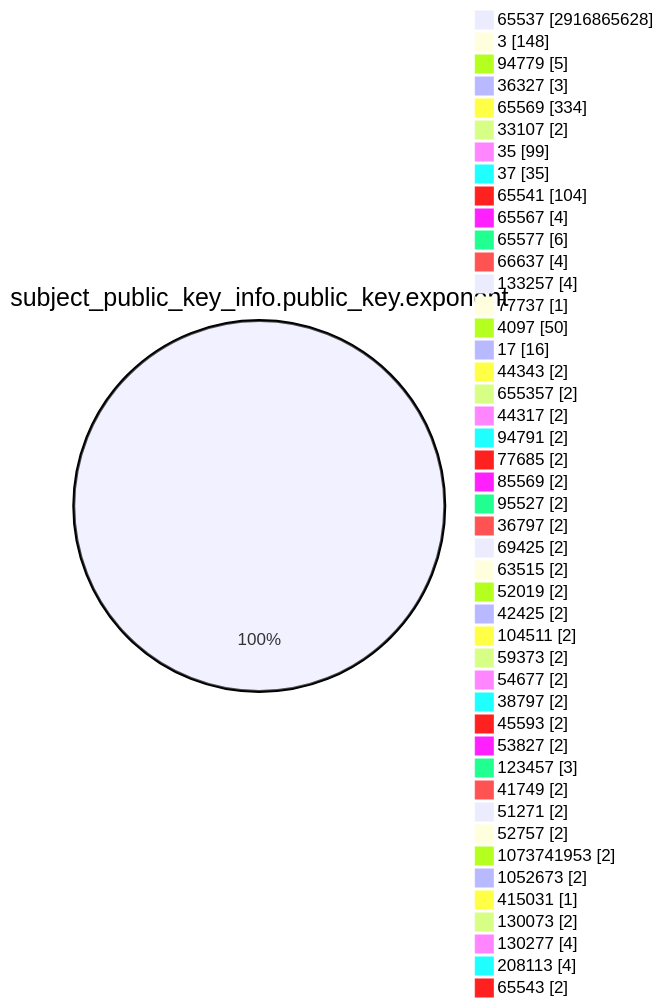
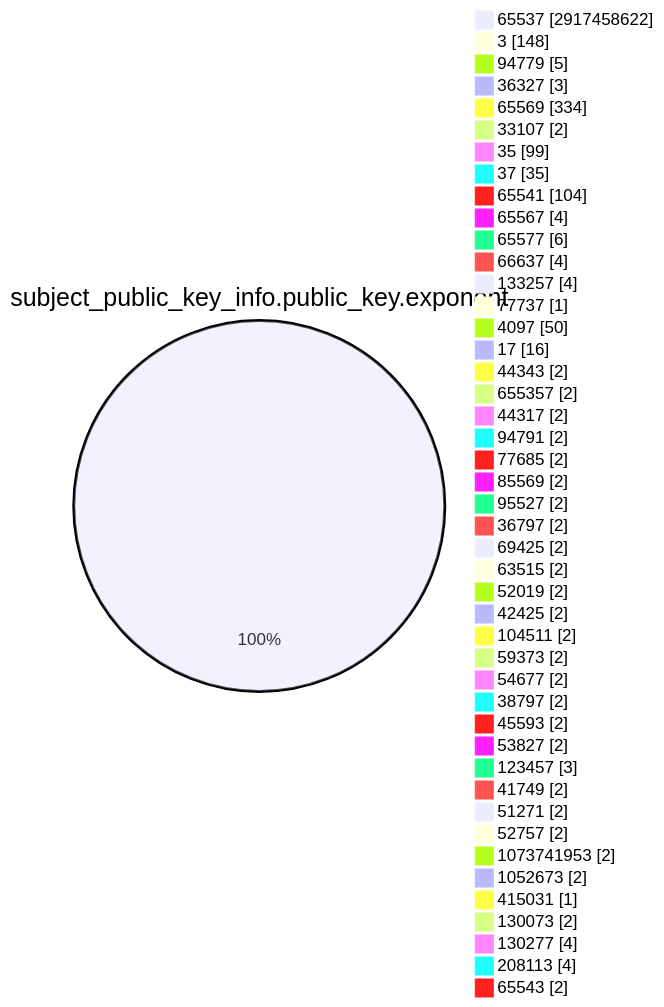
One commit to christiankrug/ctmonitor_visualization changed the fourth of 15 diagrams in TOTAL/README.md. Above: the diagram before and after it, drawn with Mermaid. The commit also changed other lines of this file, not shown here.

````diff
--- a/TOTAL/README.md
+++ b/TOTAL/README.md
@@ -1469,49 +1469,49 @@
 ```mermaid
 pie showData
 title subject_public_key_info.public_key.exponent
-"65537" :2916865628
+"65537" :2917458622
 "3" :148
 "94779" :5
 "36327" :3
 "65569" :334
 "33107" :2
 "35" :99
 "37" :35
 "65541" :104
 "65567" :4
 "65577" :6
 "66637" :4
 "133257" :4
 "77737" :1
 "4097" :50
 "17" :16
 "44343" :2
 "655357" :2
 "44317" :2
 "94791" :2
 "77685" :2
 "85569" :2
 "95527" :2
 "36797" :2
 "69425" :2
 "63515" :2
 "52019" :2
 "42425" :2
 "104511" :2
 "59373" :2
 "54677" :2
 "38797" :2
 "45593" :2
 "53827" :2
 "123457" :3
 "41749" :2
 "51271" :2
 "52757" :2
 "1073741953" :2
 "1052673" :2
 "415031" :1
 "130073" :2
 "130277" :4
 "208113" :4
 "65543" :2
 ```
````
